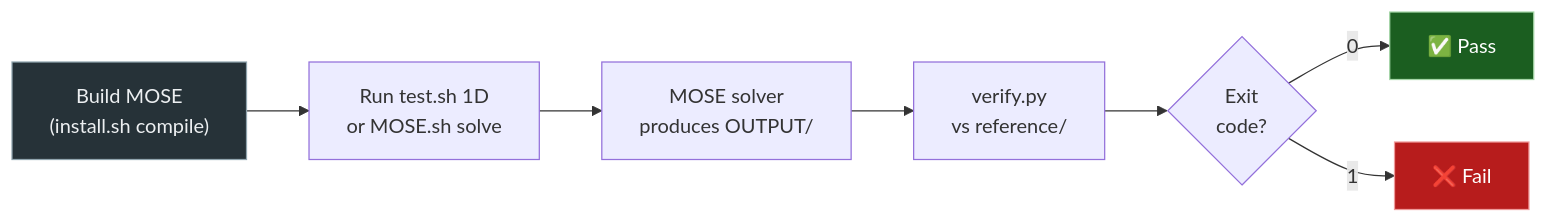
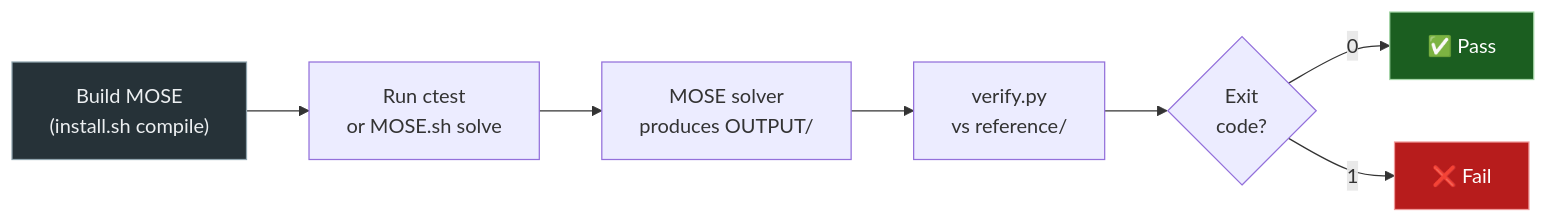
The diagram in docs/development/testing.md (open-hydra/MOSE), drawn with Mermaid before and after one commit. The commit also changed other lines of this file and 17 other files, not shown here.

````diff
--- a/docs/development/testing.md
+++ b/docs/development/testing.md
@@ -142,13 +217,13 @@
 ```mermaid
 flowchart LR
-    Build["Build MOSE<br/>(install.sh compile)"] --> Run["Run test.sh 1D<br/>or MOSE.sh solve"]
+    Build["Build MOSE<br/>(install.sh compile)"] --> Run["Run ctest<br/>or MOSE.sh solve"]
     Run --> Solve["MOSE solver<br/>produces OUTPUT/"]
     Solve --> Compare["verify.py<br/>vs reference/"]
     Compare --> Pass{"Exit<br/>code?"}
     Pass -->|0| OK["✅ Pass"]
     Pass -->|1| Fail["❌ Fail"]
 
     style Build fill:#263238,stroke:#90a4ae,color:#eceff1
     style OK fill:#1b5e20,stroke:#a5d6a7,color:#fff
     style Fail fill:#b71c1c,stroke:#ef9a9a,color:#fff
 ```
````
